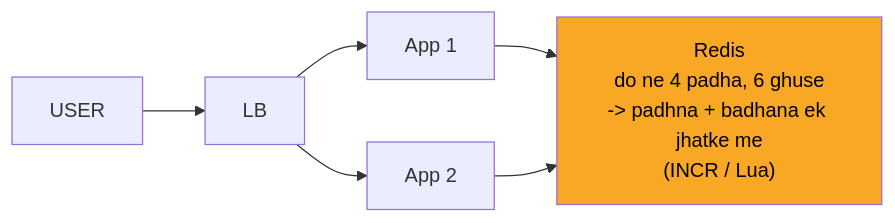
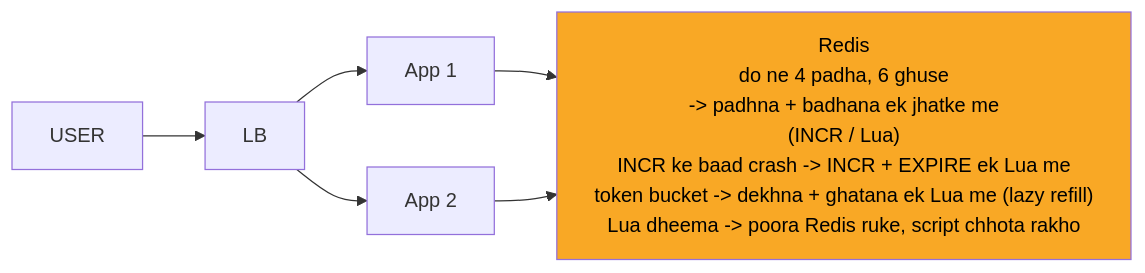
One commit to ArpanMaheshwari144/Prep changed the third of 11 diagrams in 04_HLD/SYSTEM_DESIGNS/02_rate_limiter/02_rate_limiter.md. Above: the diagram before and after it, drawn with Mermaid. The commit also changed other lines of this file and 12 other files, not shown here.

Commit message:
hld 02-14: peele dabbe me SAFAR ke mod + diagram chauda (wrappingWidth 450)

````diff
--- a/04_HLD/SYSTEM_DESIGNS/02_rate_limiter/02_rate_limiter.md
+++ b/04_HLD/SYSTEM_DESIGNS/02_rate_limiter/02_rate_limiter.md
@@ -147,14 +149,15 @@
 ```mermaid
+%%{init: {"flowchart": {"wrappingWidth": 450}}}%%
 flowchart LR
     n_USER["USER"]
     n_LB["LB"]
     n_App_x_N_1["App 1"]
     n_App_x_N_2["App 2"]
-    n_Redis["Redis<br/>do ne 4 padha, 6 ghuse<br/>-> padhna + badhana ek jhatke me<br/>(INCR / Lua)"]
+    n_Redis["Redis<br/>do ne 4 padha, 6 ghuse<br/>-> padhna + badhana ek jhatke me<br/>(INCR / Lua)<br/>INCR ke baad crash -> INCR + EXPIRE ek Lua me<br/>token bucket -> dekhna + ghatana ek Lua me (lazy refill)<br/>Lua dheema -> poora Redis ruke, script chhota rakho"]
     n_USER --> n_LB
     n_LB --> n_App_x_N_1
     n_LB --> n_App_x_N_2
     n_App_x_N_1 --> n_Redis
     n_App_x_N_2 --> n_Redis
     style n_Redis fill:#f9a825,color:#000
 ```
````
